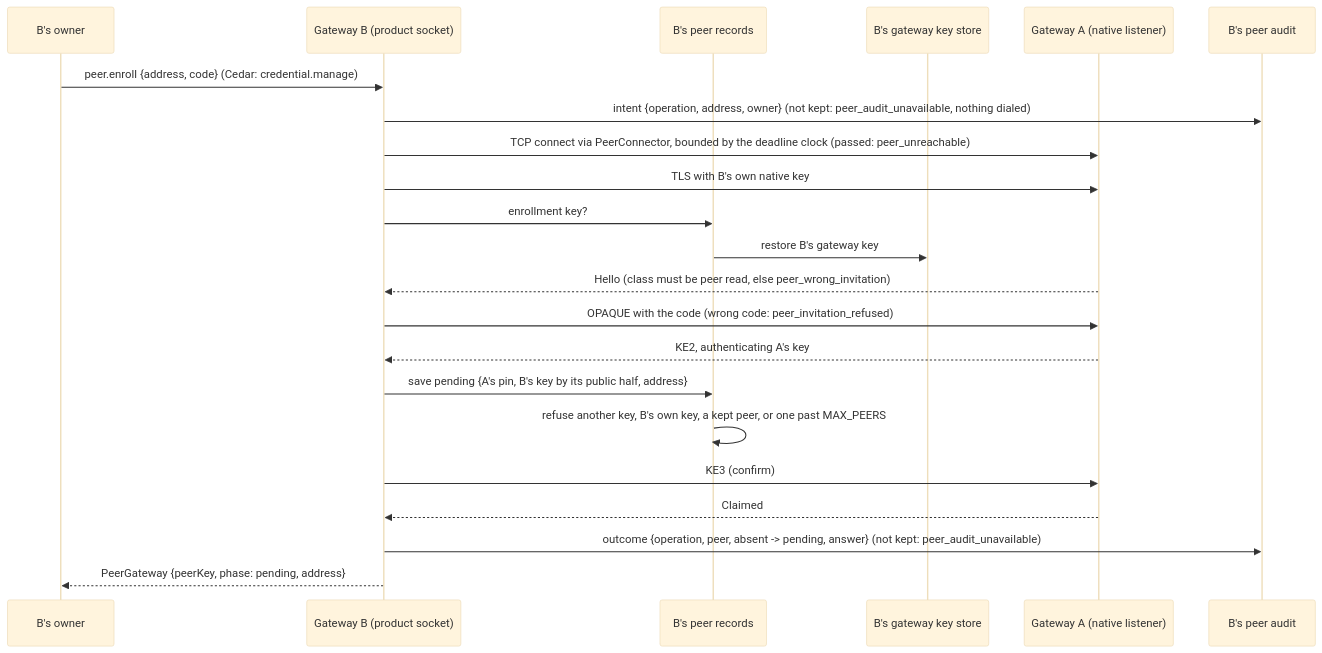
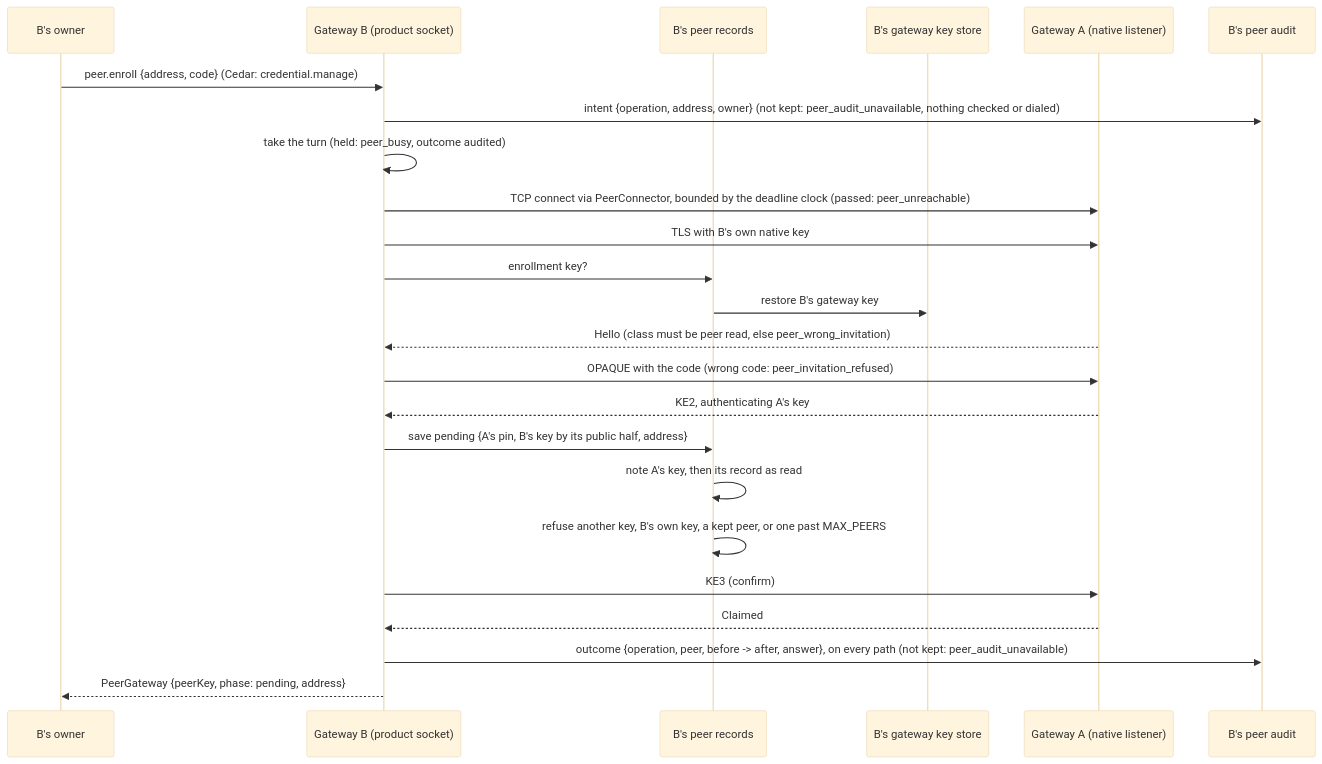
The second of 2 diagrams in docs/design/auth/peer-gateways.md (nessalabs/nessa-agent), drawn with Mermaid (base theme) before and after one commit. The commit also changed other lines of this file and 8 other files, not shown here.

````diff
--- a/docs/design/auth/peer-gateways.md
+++ b/docs/design/auth/peer-gateways.md
@@ -185,24 +185,26 @@
 ```mermaid
 sequenceDiagram
     participant O as B's owner
     participant B as Gateway B (product socket)
     participant R as B's peer records
     participant K as B's gateway key store
     participant A as Gateway A (native listener)
     participant U as B's peer audit
     O->>B: peer.enroll {address, code} (Cedar: credential.manage)
-    B->>U: intent {operation, address, owner} (not kept: peer_audit_unavailable, nothing dialed)
+    B->>U: intent {operation, address, owner} (not kept: peer_audit_unavailable, nothing checked or dialed)
+    B->>B: take the turn (held: peer_busy, outcome audited)
     B->>A: TCP connect via PeerConnector, bounded by the deadline clock (passed: peer_unreachable)
     B->>A: TLS with B's own native key
     B->>R: enrollment key?
     R->>K: restore B's gateway key
     A-->>B: Hello (class must be peer read, else peer_wrong_invitation)
     B->>A: OPAQUE with the code (wrong code: peer_invitation_refused)
     A-->>B: KE2, authenticating A's key
     B->>R: save pending {A's pin, B's key by its public half, address}
+    R->>R: note A's key, then its record as read
     R->>R: refuse another key, B's own key, a kept peer, or one past MAX_PEERS
     B->>A: KE3 (confirm)
     A-->>B: Claimed
-    B->>U: outcome {operation, peer, absent -> pending, answer} (not kept: peer_audit_unavailable)
+    B->>U: outcome {operation, peer, before -> after, answer}, on every path (not kept: peer_audit_unavailable)
     B-->>O: PeerGateway {peerKey, phase: pending, address}
 ```
````
